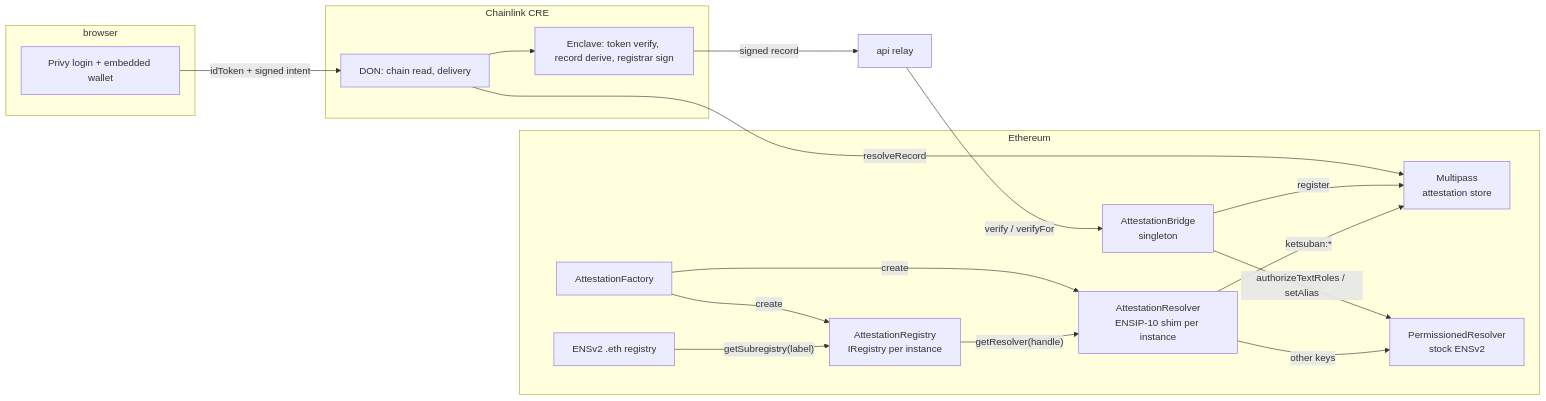
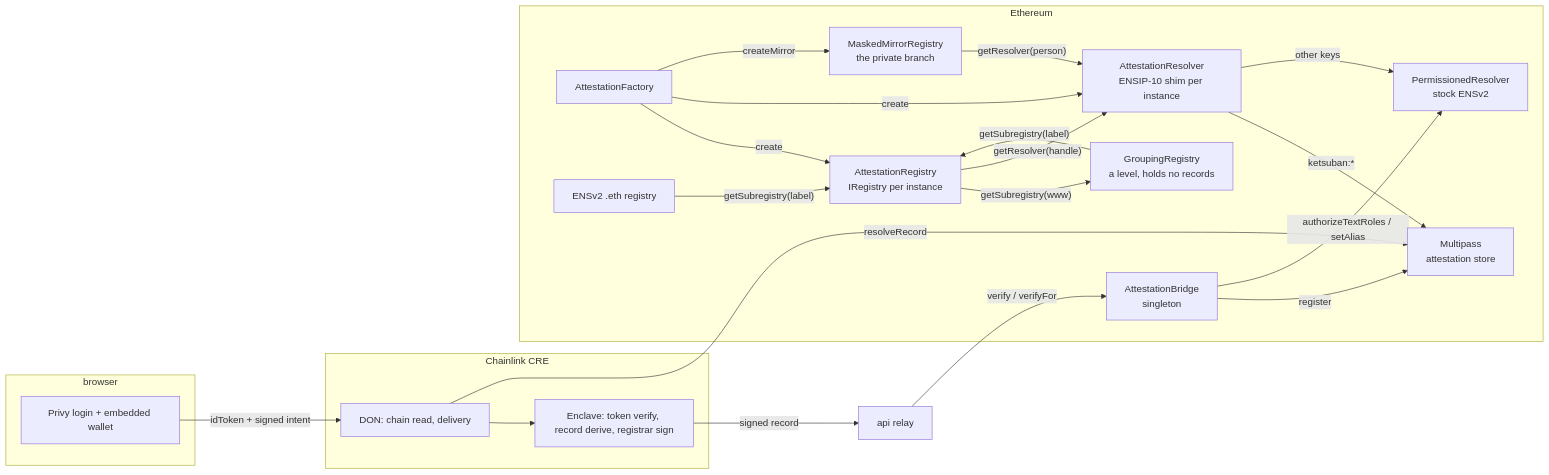
Before and after one commit to lamtrinh259/ETHGlobal_Online_2026: the diagram in docs/architecture.md, drawn with Mermaid. The commit also changed other lines of this file and 1 other file, not shown here.

First line of the commit message:
docs(architecture): the namespace contracts are in the picture

````diff
--- a/docs/architecture.md
+++ b/docs/architecture.md
@@ -5,32 +5,38 @@
 ```mermaid
 flowchart LR
   subgraph browser
     P[Privy login + embedded wallet]
   end
   subgraph cre[Chainlink CRE]
     D[DON: chain read, delivery]
     T[Enclave: token verify, record derive, registrar sign]
   end
   subgraph chain[Ethereum]
     M[Multipass<br/>attestation store]
     F[AttestationFactory]
     R[AttestationRegistry<br/>IRegistry per instance]
+    G[GroupingRegistry<br/>a level, holds no records]
+    K[MaskedMirrorRegistry<br/>the private branch]
     S[AttestationResolver<br/>ENSIP-10 shim per instance]
     B[AttestationBridge<br/>singleton]
     I[PermissionedResolver<br/>stock ENSv2]
     E[ENSv2 .eth registry]
   end
   A[api relay]
   P -- idToken + signed intent --> D
   D --> T
   D -- resolveRecord --> M
   T -- signed record --> A
   A -- verify / verifyFor --> B
   B -- register --> M
   B -- authorizeTextRoles / setAlias --> I
   F -- create --> R & S
+  F -- createMirror --> K
   E -- getSubregistry(label) --> R
+  R -- getSubregistry(www) --> G
+  G -- getSubregistry(label) --> R
   R -- getResolver(handle) --> S
+  K -- getResolver(person) --> S
   S -- ketsuban:* --> M
   S -- other keys --> I
 ```
````
